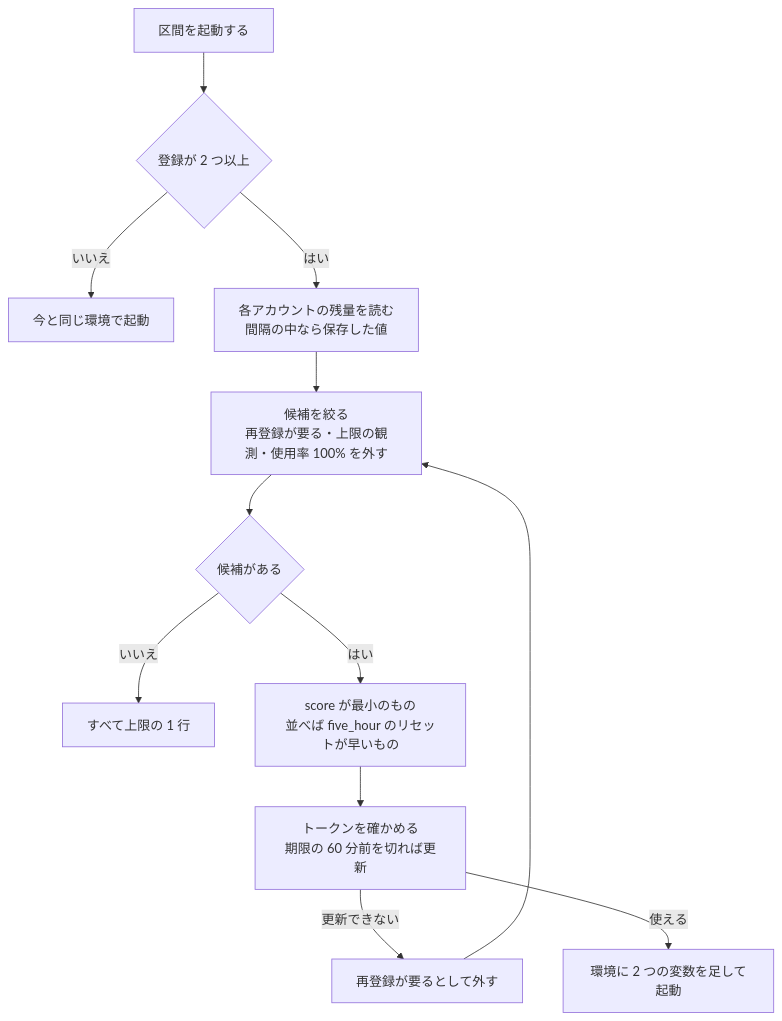
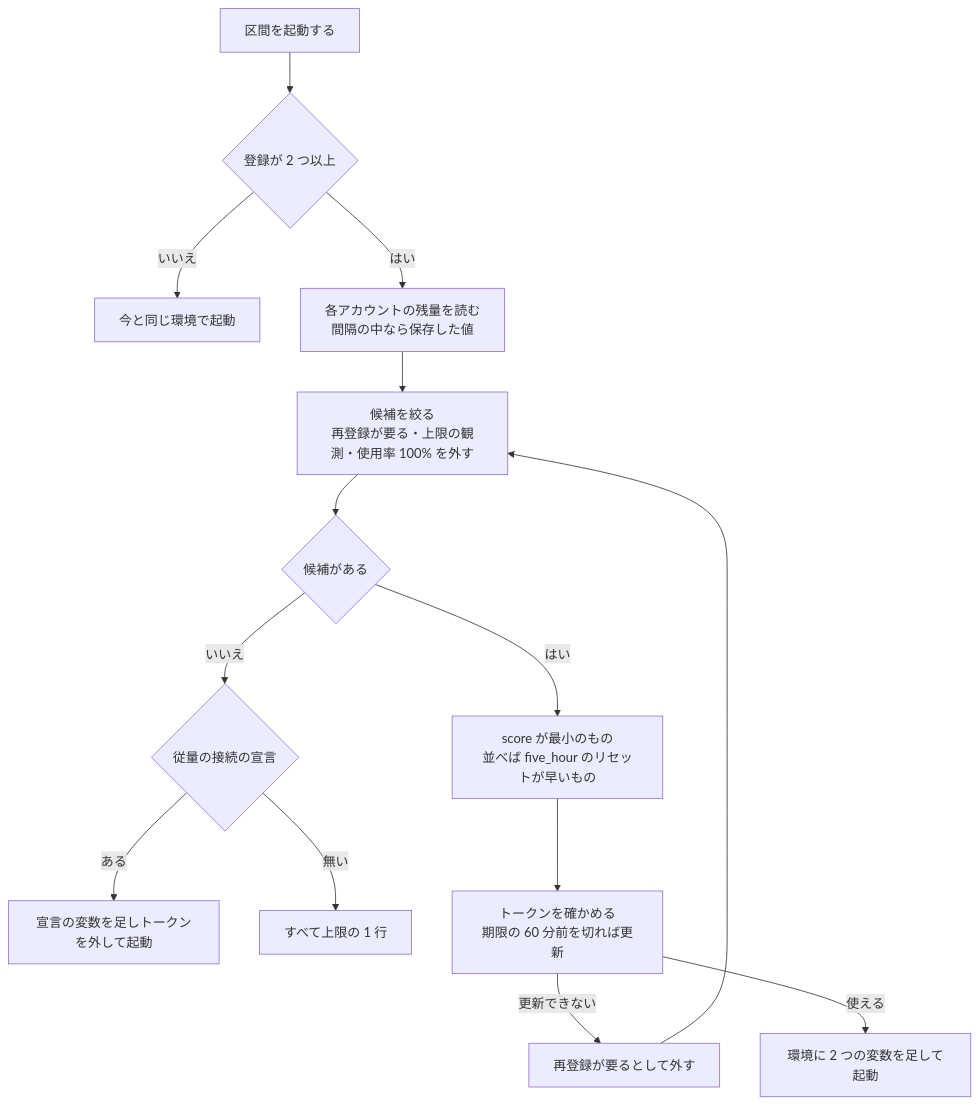
Before and after one commit to devbasex/ai-plugins: the fifth of 9 diagrams in issues/issue-1389-design.md, drawn with Mermaid. The commit also changed other lines of this file and 4 other files, not shown here.

````diff
--- a/issues/issue-1389-design.md
+++ b/issues/issue-1389-design.md
@@ -391,13 +421,15 @@
 ```mermaid
 graph TD
     A[区間を起動する] --> B{登録が 2 つ以上}
     B -->|いいえ| Z[今と同じ環境で起動]
     B -->|はい| C[各アカウントの残量を読む<br>間隔の中なら保存した値]
     C --> D[候補を絞る<br>再登録が要る・上限の観測・使用率 100% を外す]
     D --> E{候補がある}
-    E -->|いいえ| F[すべて上限の 1 行]
+    E -->|いいえ| F{従量の接続の宣言}
+    F -->|ある| M[宣言の変数を足しトークンを外して起動]
+    F -->|無い| N[すべて上限の 1 行]
     E -->|はい| G[score が最小のもの<br>並べば five_hour のリセットが早いもの]
     G --> H[トークンを確かめる<br>期限の 60 分前を切れば更新]
     H -->|更新できない| I[再登録が要るとして外す] --> D
     H -->|使える| J[環境に 2 つの変数を足して起動]
 ```
````
